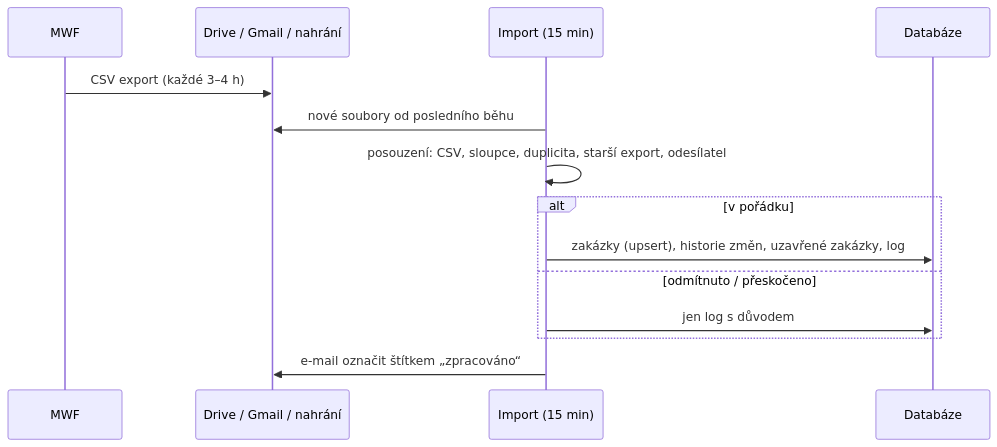
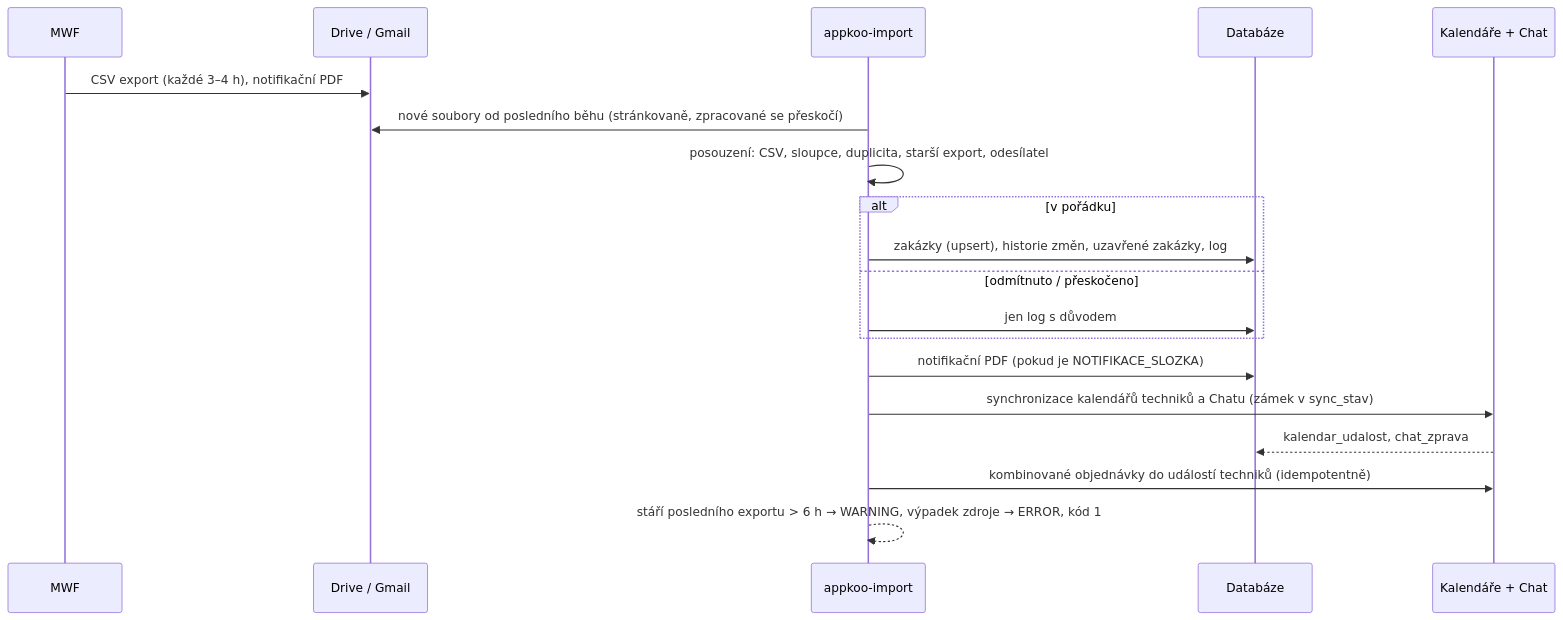
The second of 4 diagrams in docs/architektura.md (ICTMount/appkoo), drawn with Mermaid before and after one commit. The commit also changed other lines of this file and 1 other file, not shown here.

First line of the commit message:
Architektura: aktualizace podle současného kódu (web, zdroje, plánovač, role, synchronizace)

````diff
--- a/docs/architektura.md
+++ b/docs/architektura.md
@@ -73,16 +88,21 @@
 ```mermaid
 sequenceDiagram
   participant MWF
-  participant Drive as Drive / Gmail / nahrání
-  participant Job as Import (15 min)
+  participant Drive as Drive / Gmail
+  participant Job as appkoo-import
   participant DB as Databáze
-  MWF->>Drive: CSV export (každé 3–4 h)
-  Job->>Drive: nové soubory od posledního běhu
+  participant G as Kalendáře + Chat
+  MWF->>Drive: CSV export (každé 3–4 h), notifikační PDF
+  Job->>Drive: nové soubory od posledního běhu (stránkovaně, zpracované se přeskočí)
   Job->>Job: posouzení: CSV, sloupce, duplicita, starší export, odesílatel
   alt v pořádku
     Job->>DB: zakázky (upsert), historie změn, uzavřené zakázky, log
   else odmítnuto / přeskočeno
     Job->>DB: jen log s důvodem
   end
-  Job->>Drive: e-mail označit štítkem „zpracováno“
+  Job->>DB: notifikační PDF (pokud je NOTIFIKACE_SLOZKA)
+  Job->>G: synchronizace kalendářů techniků a Chatu (zámek v sync_stav)
+  G-->>DB: kalendar_udalost, chat_zprava
+  Job->>G: kombinované objednávky do událostí techniků (idempotentně)
+  Job-->>Job: stáří posledního exportu > 6 h → WARNING, výpadek zdroje → ERROR, kód 1
 ```
````
